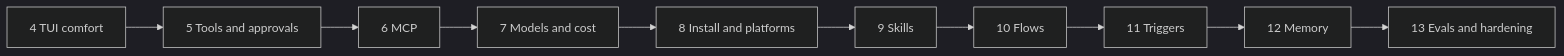
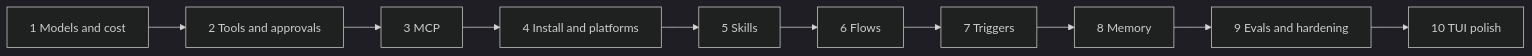
One commit to MilanPavel/golem changed the first of 2 diagrams in docs/plan.md. Above: the diagram before and after it, drawn with Mermaid (dark theme). The commit also changed other lines of this file and 23 other files, not shown here.

````diff
--- a/docs/plan.md
+++ b/docs/plan.md
@@ -36,4 +37,4 @@
 ```mermaid
 flowchart LR
-  p4[4 TUI comfort] --> p5[5 Tools and approvals] --> p6[6 MCP] --> p7[7 Models and cost] --> p8[8 Install and platforms] --> p9[9 Skills] --> p10[10 Flows] --> p11[11 Triggers] --> p12[12 Memory] --> p13[13 Evals and hardening]
+  p1[1 Models and cost] --> p2[2 Tools and approvals] --> p3[3 MCP] --> p4[4 Install and platforms] --> p5[5 Skills] --> p6[6 Flows] --> p7[7 Triggers] --> p8[8 Memory] --> p9[9 Evals and hardening] --> p10[10 TUI polish]
 ```
````
